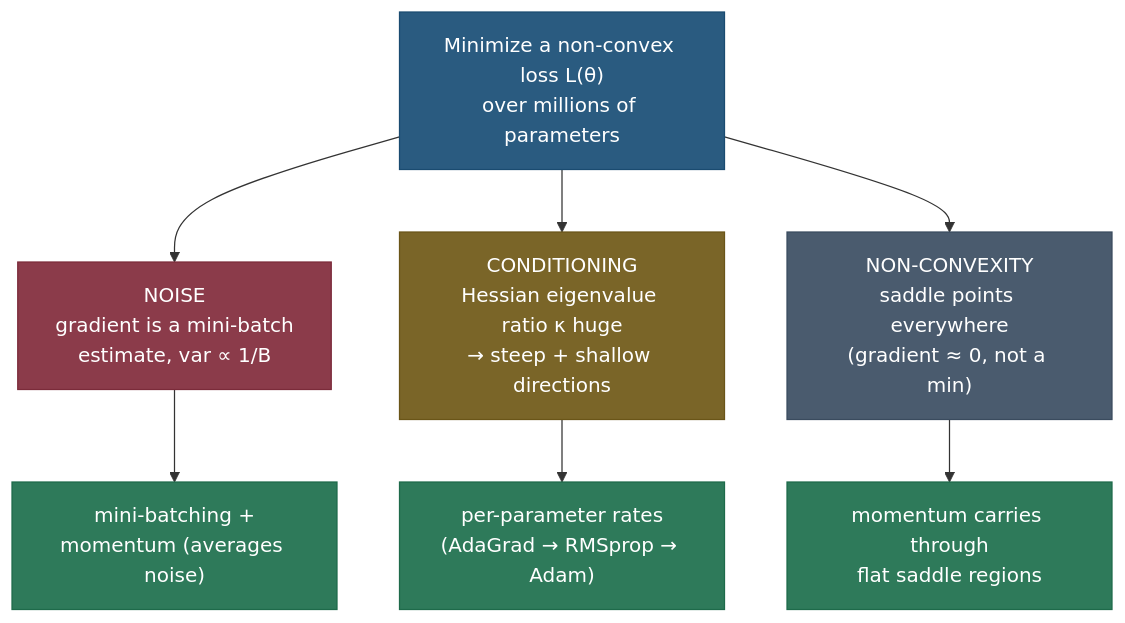
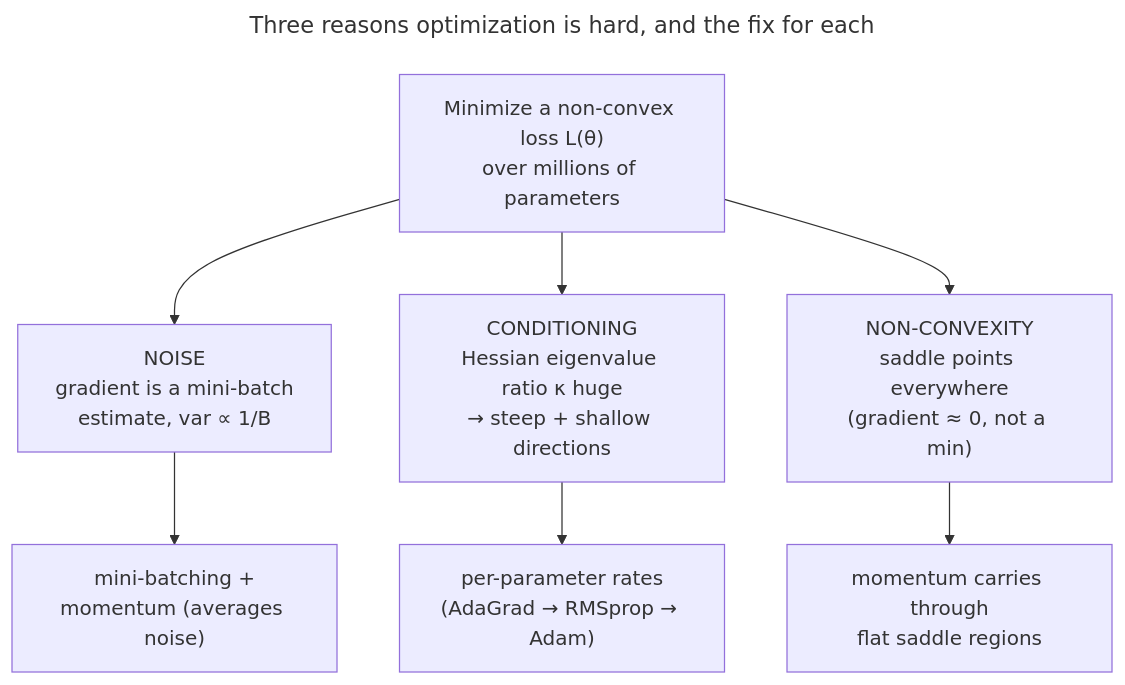
Before and after one commit to sudhir13s/ai-ml-learning-resources: the first of 4 diagrams in deep-learning/optimization-and-training/optimizers/optimizers.md, drawn with Mermaid. The commit also changed other lines of this file, not shown here.

````diff
--- a/deep-learning/optimization-and-training/optimizers/optimizers.md
+++ b/deep-learning/optimization-and-training/optimizers/optimizers.md
@@ -50,16 +86,13 @@
 ```mermaid
+---
+title: Three reasons optimization is hard, and the fix for each
+---
 graph TD
-    PROB["Minimize a non-convex loss L(θ)<br/>over millions of parameters"]:::navy
-    PROB --> N["NOISE<br/>gradient is a mini-batch<br/>estimate, var ∝ 1/B"]:::danger
-    PROB --> C["CONDITIONING<br/>Hessian eigenvalue ratio κ huge<br/>→ steep + shallow directions"]:::amber
-    PROB --> S["NON-CONVEXITY<br/>saddle points everywhere<br/>(gradient ≈ 0, not a min)"]:::slate
-    N --> FIX1["mini-batching +<br/>momentum (averages noise)"]:::out
-    C --> FIX2["per-parameter rates<br/>(AdaGrad → RMSprop → Adam)"]:::out
-    S --> FIX3["momentum carries through<br/>flat saddle regions"]:::out
-
-    classDef navy fill:#2A5B80,stroke:#1A4B70,color:#fff
-    classDef danger fill:#8B3B4A,stroke:#7B2B3A,color:#fff
-    classDef amber fill:#7A6528,stroke:#6A5518,color:#fff
-    classDef slate fill:#4A5B6E,stroke:#3A4B5E,color:#fff
-    classDef out fill:#2E7A5A,stroke:#1E6A4A,color:#fff
+    PROB["Minimize a non-convex loss L(θ)<br/>over millions of parameters"]:::focus
+    PROB --> N["NOISE<br/>gradient is a mini-batch<br/>estimate, var ∝ 1/B"]
+    PROB --> C["CONDITIONING<br/>Hessian eigenvalue ratio κ huge<br/>→ steep + shallow directions"]
+    PROB --> S["NON-CONVEXITY<br/>saddle points everywhere<br/>(gradient ≈ 0, not a min)"]
+    N --> FIX1["mini-batching +<br/>momentum (averages noise)"]
+    C --> FIX2["per-parameter rates<br/>(AdaGrad → RMSprop → Adam)"]
+    S --> FIX3["momentum carries through<br/>flat saddle regions"]
 ```
````
